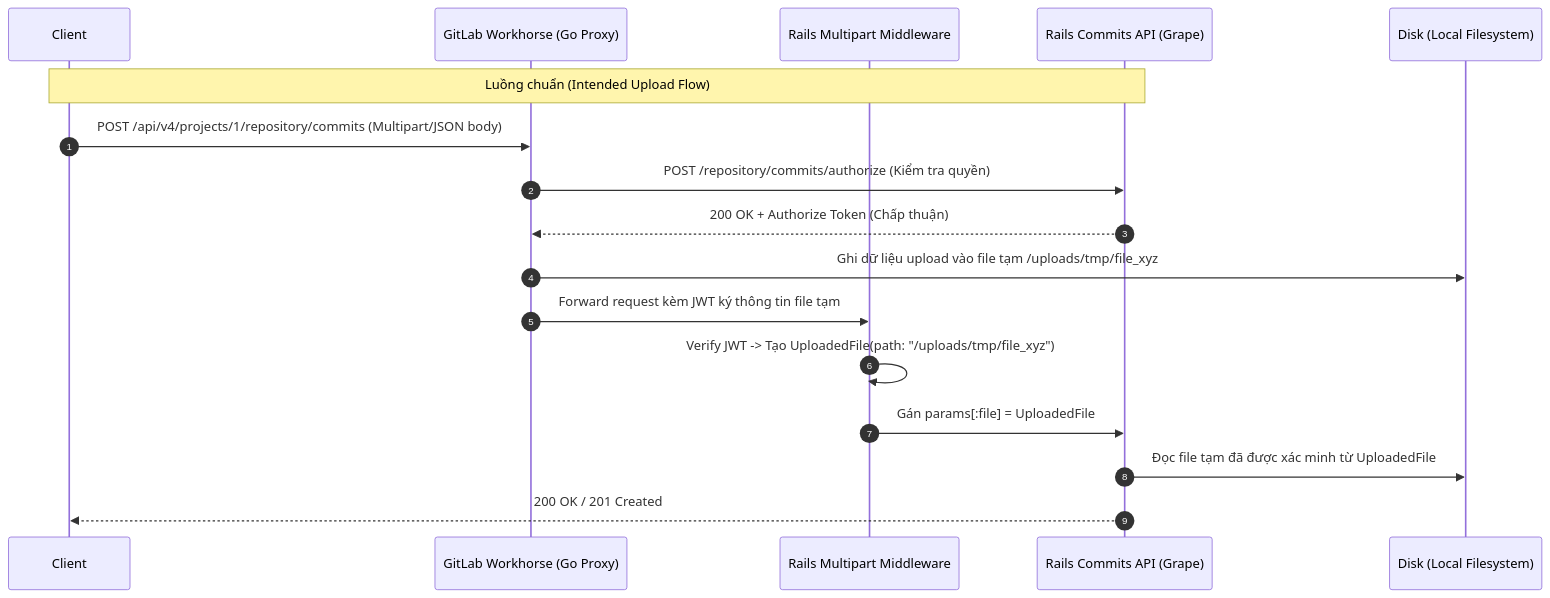
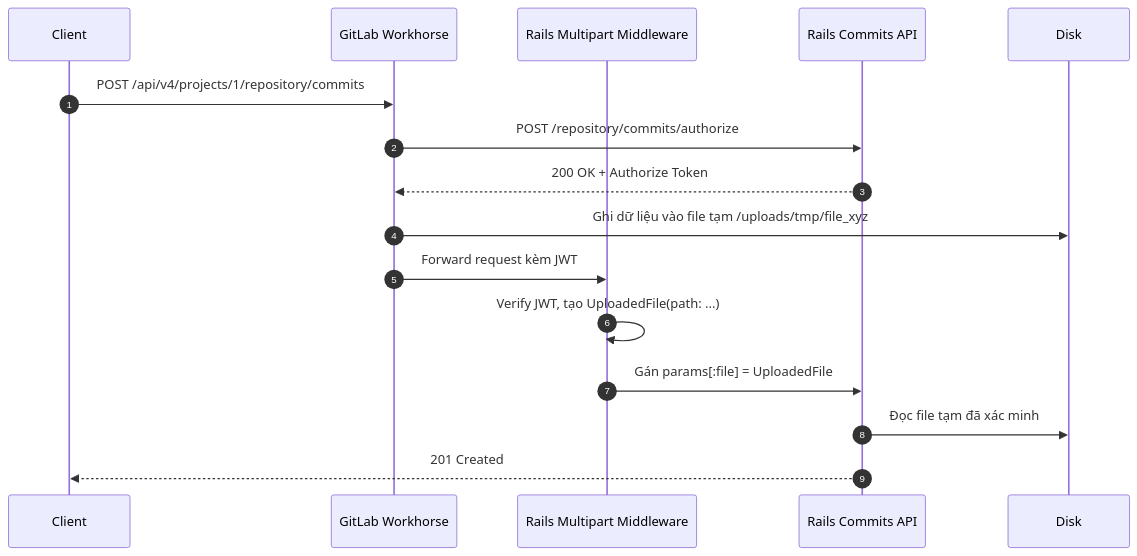
The first of 2 diagrams in _posts/2026-09-16-gitlab-arbitrary-file-read-cve-2026-85706.md (minhmd25/minhmd25.github.io), drawn with Mermaid before and after one commit. The commit also changed other lines of this file, not shown here.

````diff
--- a/_posts/2026-09-16-gitlab-arbitrary-file-read-cve-2026-85706.md
+++ b/_posts/2026-09-16-gitlab-arbitrary-file-read-cve-2026-85706.md
@@ -50,20 +44,19 @@
 ```mermaid
 sequenceDiagram
     autonumber
     participant C as Client
-    participant W as GitLab Workhorse (Go Proxy)
+    participant W as GitLab Workhorse
     participant M as Rails Multipart Middleware
-    participant R as Rails Commits API (Grape)
-    participant D as Disk (Local Filesystem)
+    participant R as Rails Commits API
+    participant D as Disk
 
-    Note over C,R: Luồng chuẩn (Intended Upload Flow)
-    C->>W: POST /api/v4/projects/1/repository/commits (Multipart/JSON body)
-    W->>R: POST /repository/commits/authorize (Kiểm tra quyền)
-    R-->>W: 200 OK + Authorize Token (Chấp thuận)
-    W->>D: Ghi dữ liệu upload vào file tạm /uploads/tmp/file_xyz
-    W->>M: Forward request kèm JWT ký thông tin file tạm
-    M->>M: Verify JWT -> Tạo UploadedFile(path: "/uploads/tmp/file_xyz")
+    C->>W: POST /api/v4/projects/1/repository/commits
+    W->>R: POST /repository/commits/authorize
+    R-->>W: 200 OK + Authorize Token
+    W->>D: Ghi dữ liệu vào file tạm /uploads/tmp/file_xyz
+    W->>M: Forward request kèm JWT
+    M->>M: Verify JWT, tạo UploadedFile(path: ...)
     M->>R: Gán params[:file] = UploadedFile
-    R->>D: Đọc file tạm đã được xác minh từ UploadedFile
-    R-->>C: 200 OK / 201 Created
+    R->>D: Đọc file tạm đã xác minh
+    R-->>C: 201 Created
 ```
````
